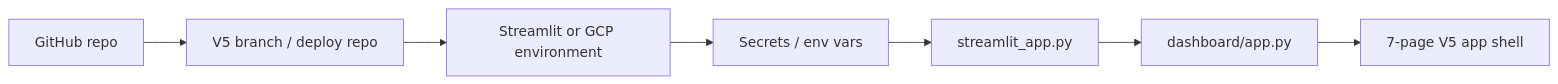
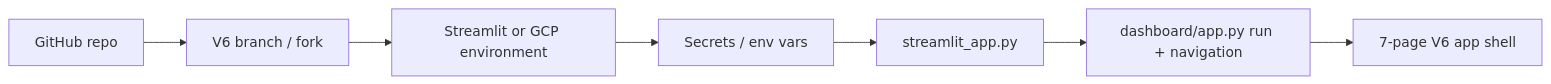
Before and after one commit to matt-foor/purdue-youtube-ip: the sixth of 6 diagrams in README.md, drawn with Mermaid. The commit also changed other lines of this file, not shown here.

First line of the commit message:
docs: README for YouTube IP V6 and Streamlit live app URL

````diff
--- a/README.md
+++ b/README.md
@@ -314,9 +323,9 @@
 ```mermaid
 flowchart LR
-    A["GitHub repo"] --> B["V5 branch / deploy repo"]
+    A["GitHub repo"] --> B["V6 branch / fork"]
     B --> C["Streamlit or GCP environment"]
     C --> D["Secrets / env vars"]
     D --> E["streamlit_app.py"]
-    E --> F["dashboard/app.py"]
-    F --> G["7-page V5 app shell"]
+    E --> F["dashboard/app.py run + navigation"]
+    F --> G["7-page V6 app shell"]
 ```
````
